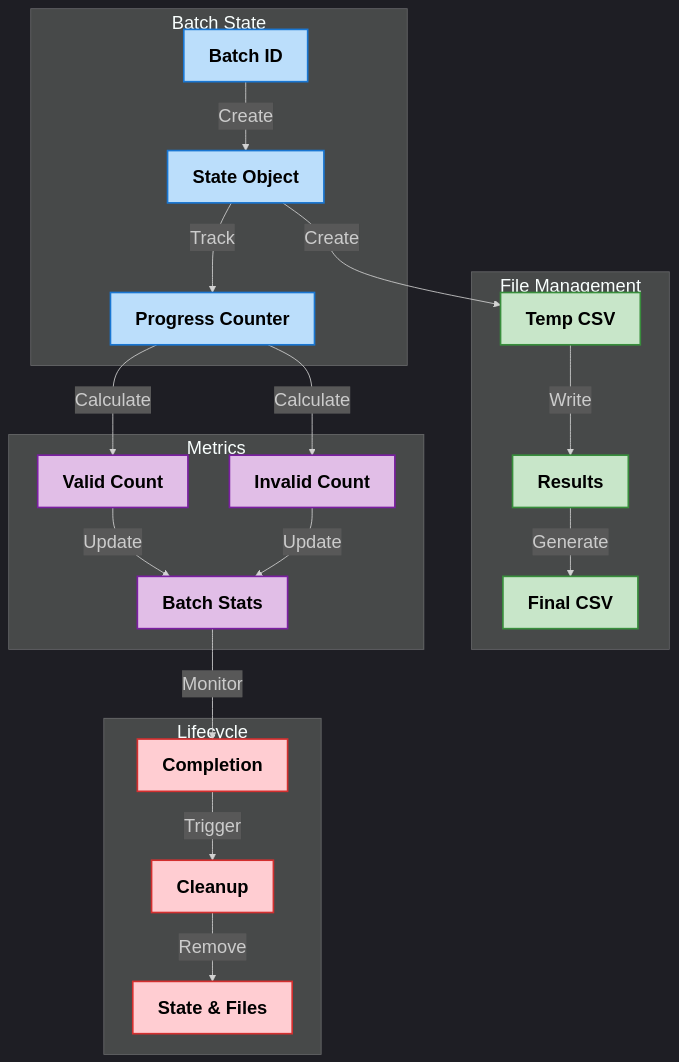
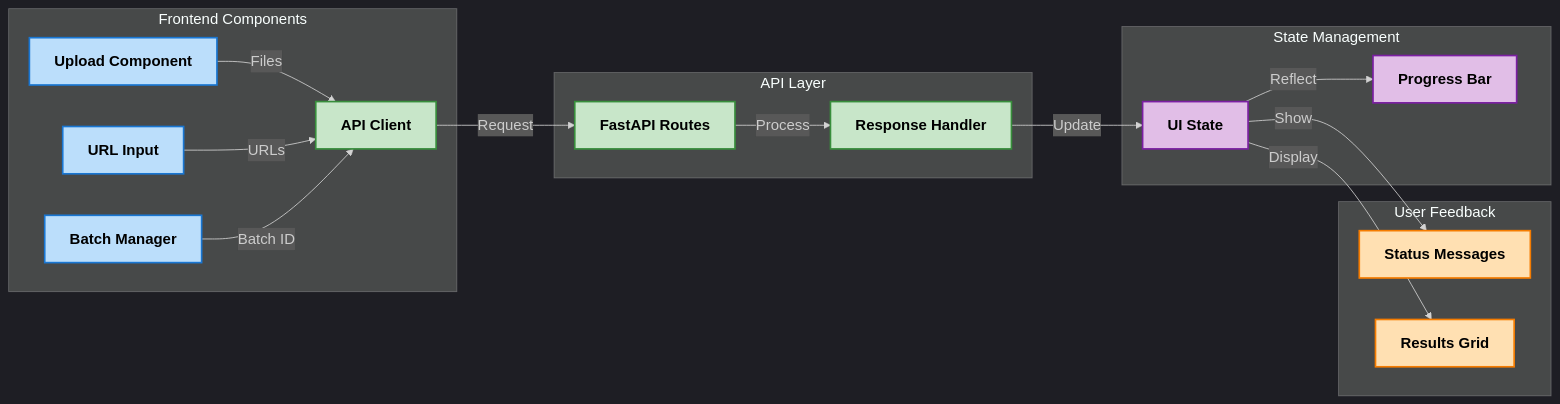
Before and after one commit to Dhruv0306/SymphonyProject1: the diagram in docs/images/State Management.mmd, drawn with Mermaid. The commit also changed 25 other files, not shown here.

First line of the commit message:
Update and standardize system architecture diagrams

```diff
--- a/docs/images/State Management.mmd
+++ b/docs/images/State Management.mmd
@@ -1,36 +1,32 @@
-%%{init: {'theme': 'dark', 'themeVariables': { 'fontFamily': 'arial', 'fontSize': '22px', 'fontWeight': 'bold'}}}%%
-graph TD
-    subgraph "Batch State"
-        style A fill:#bbdefb,stroke:#1976d2,stroke-width:2px,color:#000000,font-weight:bold
-        style B fill:#bbdefb,stroke:#1976d2,stroke-width:2px,color:#000000,font-weight:bold
-        style C fill:#bbdefb,stroke:#1976d2,stroke-width:2px,color:#000000,font-weight:bold
-        A["Batch ID"] -->|"Create"| B["State Object"]
-        B -->|"Track"| C["Progress Counter"]
+%%{init: {'theme': 'dark', 'themeVariables': { 'fontFamily': 'arial', 'fontSize': '18px', 'fontWeight': 'bold'}}}%%
+graph LR
+    subgraph "Frontend Components"
+        style A1 fill:#bbdefb,stroke:#1976d2,stroke-width:2px,color:#000000,font-weight:bold
+        style A2 fill:#bbdefb,stroke:#1976d2,stroke-width:2px,color:#000000,font-weight:bold
+        style A3 fill:#bbdefb,stroke:#1976d2,stroke-width:2px,color:#000000,font-weight:bold
+        A1[Upload Component] -->|"Files"| B1[API Client]
+        A2[URL Input] -->|"URLs"| B1
+        A3[Batch Manager] -->|"Batch ID"| B1
     end
 
-    subgraph "File Management"
-        style D fill:#c8e6c9,stroke:#388e3c,stroke-width:2px,color:#000000,font-weight:bold
-        style E fill:#c8e6c9,stroke:#388e3c,stroke-width:2px,color:#000000,font-weight:bold
-        style F fill:#c8e6c9,stroke:#388e3c,stroke-width:2px,color:#000000,font-weight:bold
-        B -->|"Create"| D["Temp CSV"]
-        D -->|"Write"| E["Results"]
-        E -->|"Generate"| F["Final CSV"]
+    subgraph "API Layer"
+        style B1 fill:#c8e6c9,stroke:#388e3c,stroke-width:2px,color:#000000,font-weight:bold
+        style B2 fill:#c8e6c9,stroke:#388e3c,stroke-width:2px,color:#000000,font-weight:bold
+        style B3 fill:#c8e6c9,stroke:#388e3c,stroke-width:2px,color:#000000,font-weight:bold
+        B1 -->|"Request"| B2[FastAPI Routes]
+        B2 -->|"Process"| B3[Response Handler]
     end
 
-    subgraph "Metrics"
-        style G fill:#e1bee7,stroke:#7b1fa2,stroke-width:2px,color:#000000,font-weight:bold
-        style H fill:#e1bee7,stroke:#7b1fa2,stroke-width:2px,color:#000000,font-weight:bold
-        style I fill:#e1bee7,stroke:#7b1fa2,stroke-width:2px,color:#000000,font-weight:bold
-        C -->|"Calculate"| G["Valid Count"]
-        C -->|"Calculate"| H["Invalid Count"]
-        G & H -->|"Update"| I["Batch Stats"]
+    subgraph "State Management"
+        style C1 fill:#e1bee7,stroke:#7b1fa2,stroke-width:2px,color:#000000,font-weight:bold
+        style C2 fill:#e1bee7,stroke:#7b1fa2,stroke-width:2px,color:#000000,font-weight:bold
+        B3 -->|"Update"| C1[UI State]
+        C1 -->|"Reflect"| C2[Progress Bar]
     end
 
-    subgraph "Lifecycle"
-        style J fill:#ffcdd2,stroke:#d32f2f,stroke-width:2px,color:#000000,font-weight:bold
-        style K fill:#ffcdd2,stroke:#d32f2f,stroke-width:2px,color:#000000,font-weight:bold
-        style L fill:#ffcdd2,stroke:#d32f2f,stroke-width:2px,color:#000000,font-weight:bold
-        I -->|"Monitor"| J["Completion"]
-        J -->|"Trigger"| K["Cleanup"]
-        K -->|"Remove"| L["State & Files"]
+    subgraph "User Feedback"
+        style D1 fill:#ffe0b2,stroke:#f57c00,stroke-width:2px,color:#000000,font-weight:bold
+        style D2 fill:#ffe0b2,stroke:#f57c00,stroke-width:2px,color:#000000,font-weight:bold
+        C1 -->|"Show"| D1[Status Messages]
+        C1 -->|"Display"| D2[Results Grid]
     end
```
